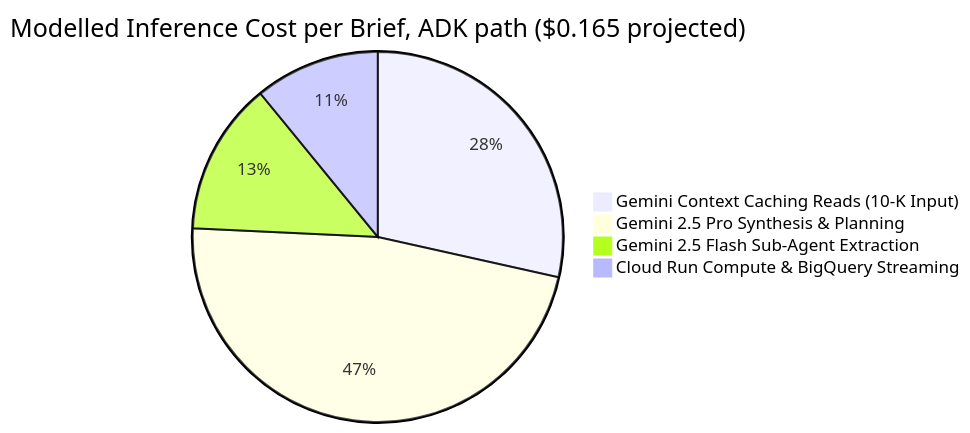
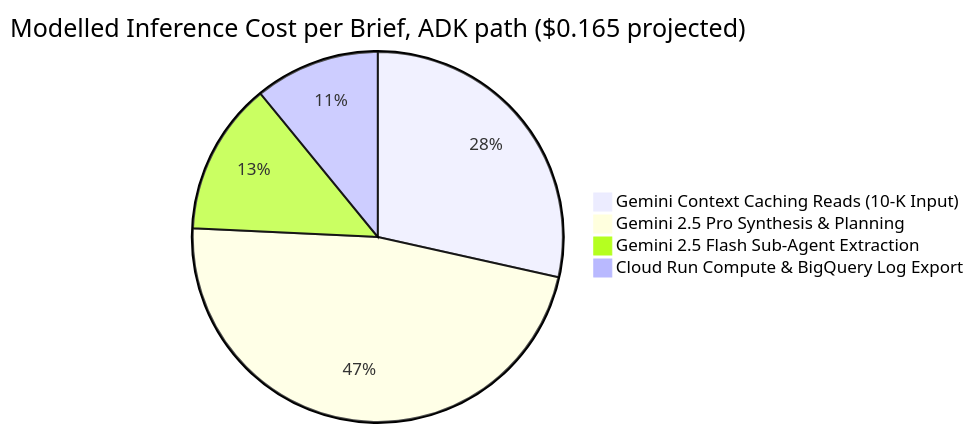
The first of 2 diagrams in docs/cost_and_token_analysis.md (Ignotus-21/Finance-Agent---Investment-Research-Agent), drawn with Mermaid before and after one commit. The commit also changed 27 other files, not shown here.

````diff
--- a/docs/cost_and_token_analysis.md
+++ b/docs/cost_and_token_analysis.md
@@ -47,7 +47,7 @@
 ```mermaid
 pie title Modelled Inference Cost per Brief, ADK path ($0.165 projected)
     "Gemini Context Caching Reads (10-K Input)" : 0.047
     "Gemini 2.5 Pro Synthesis & Planning" : 0.078
     "Gemini 2.5 Flash Sub-Agent Extraction" : 0.022
-    "Cloud Run Compute & BigQuery Streaming" : 0.018
+    "Cloud Run Compute & BigQuery Log Export" : 0.018
 ```
````
